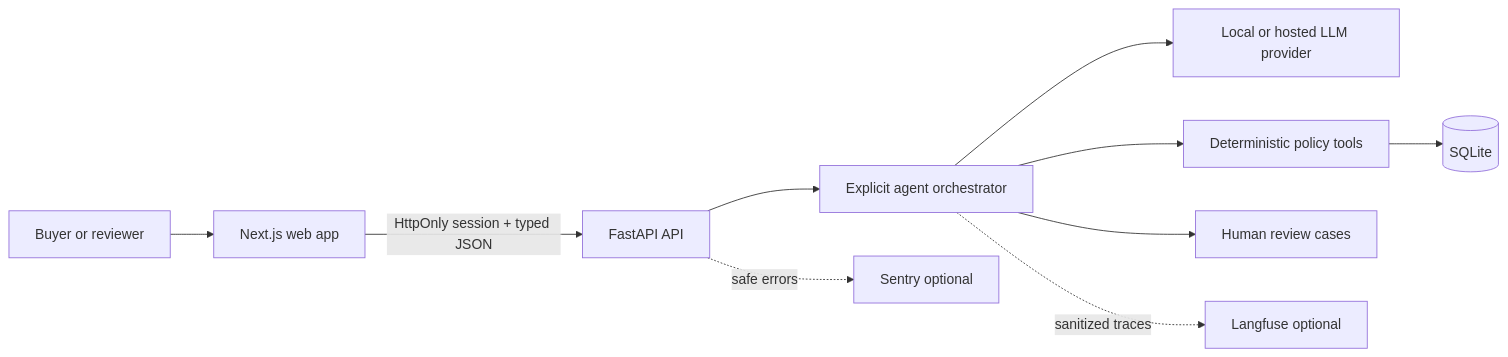
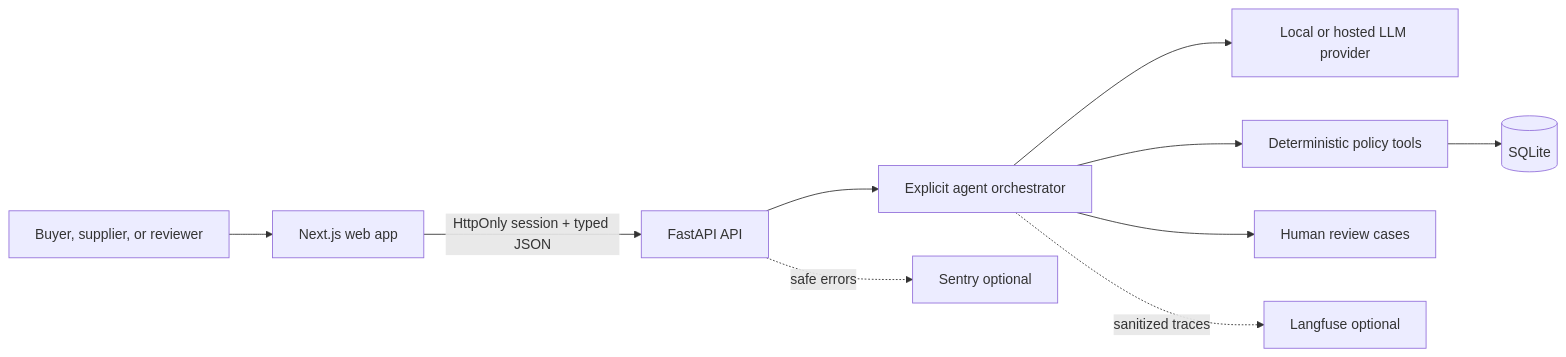
Before and after one commit to BaduDueduMaxwell/Procura: the diagram in README.md, drawn with Mermaid. The commit also changed other lines of this file and 10 other files, not shown here.

````diff
--- a/README.md
+++ b/README.md
@@ -20,12 +20,12 @@
 ```mermaid
 flowchart LR
-  U[Buyer or reviewer] --> W[Next.js web app]
+  U[Buyer, supplier, or reviewer] --> W[Next.js web app]
   W -->|HttpOnly session + typed JSON| A[FastAPI API]
   A --> O[Explicit agent orchestrator]
   O --> P[Local or hosted LLM provider]
   O --> T[Deterministic policy tools]
   T --> D[(SQLite)]
   O --> R[Human review cases]
   O -. sanitized traces .-> L[Langfuse optional]
   A -. safe errors .-> S[Sentry optional]
 ```
````
